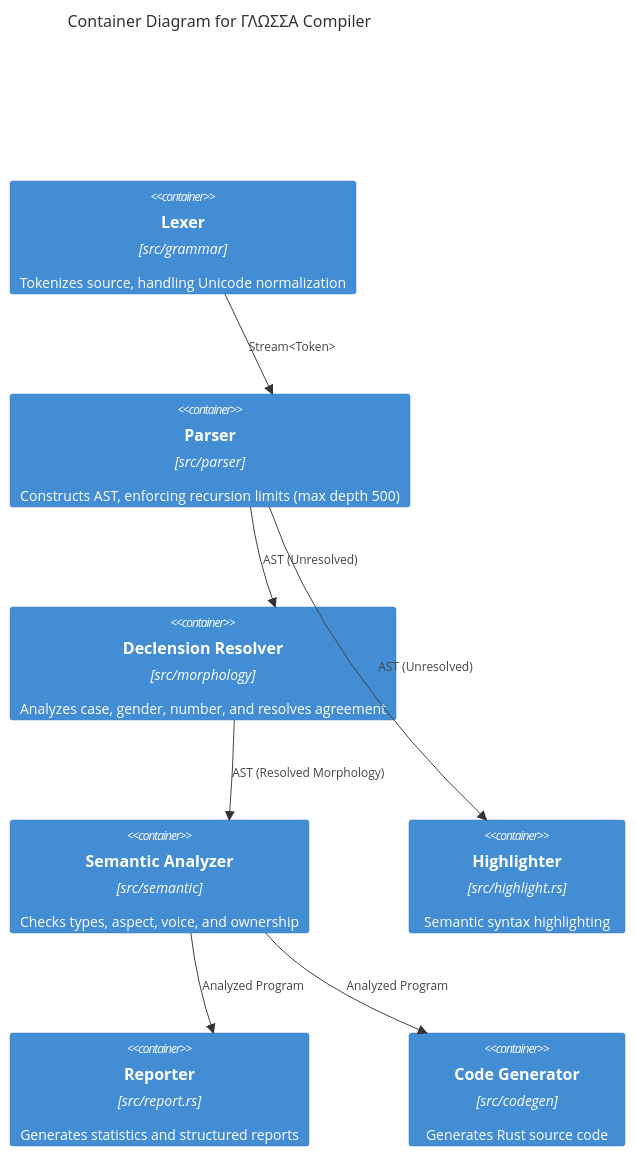
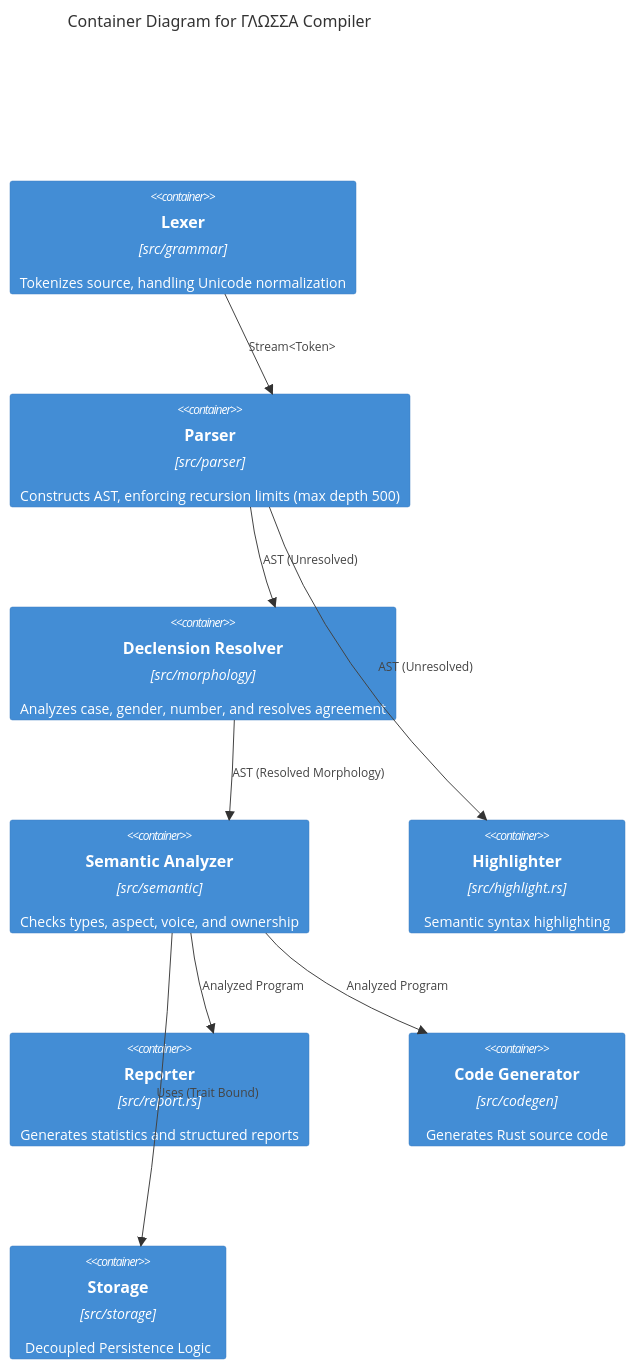
Before and after one commit to madmax983/glossa: the second of 4 diagrams in docs/architecture.md, drawn with Mermaid. The commit also changed other lines of this file and 1 other file, not shown here.

First line of the commit message:
docs: Add ADR 010 and update architecture for Storage module

````diff
--- a/docs/architecture.md
+++ b/docs/architecture.md
@@ -26,19 +26,21 @@
 ```mermaid
 C4Container
     title Container Diagram for ΓΛΩΣΣΑ Compiler
 
     Container(lexer, "Lexer", "src/grammar", "Tokenizes source, handling Unicode normalization")
     Container(parser, "Parser", "src/parser", "Constructs AST, enforcing recursion limits (max depth 500)")
     Container(morphology, "Declension Resolver", "src/morphology", "Analyzes case, gender, number, and resolves agreement")
     Container(semantic, "Semantic Analyzer", "src/semantic", "Checks types, aspect, voice, and ownership")
     Container(highlight, "Highlighter", "src/highlight.rs", "Semantic syntax highlighting")
     Container(report, "Reporter", "src/report.rs", "Generates statistics and structured reports")
     Container(codegen, "Code Generator", "src/codegen", "Generates Rust source code")
+    Container(storage, "Storage", "src/storage", "Decoupled Persistence Logic")
 
     Rel(lexer, parser, "Stream<Token>")
     Rel(parser, morphology, "AST (Unresolved)")
     Rel(parser, highlight, "AST (Unresolved)")
     Rel(morphology, semantic, "AST (Resolved Morphology)")
     Rel(semantic, report, "Analyzed Program")
     Rel(semantic, codegen, "Analyzed Program")
+    Rel(semantic, storage, "Uses (Trait Bound)")
 ```
````
